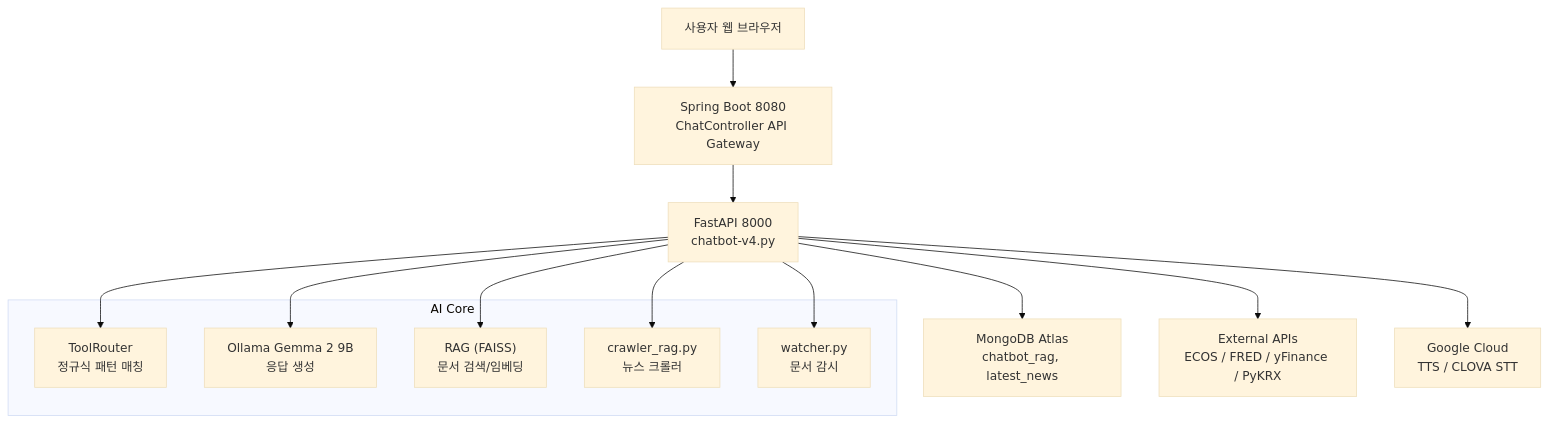
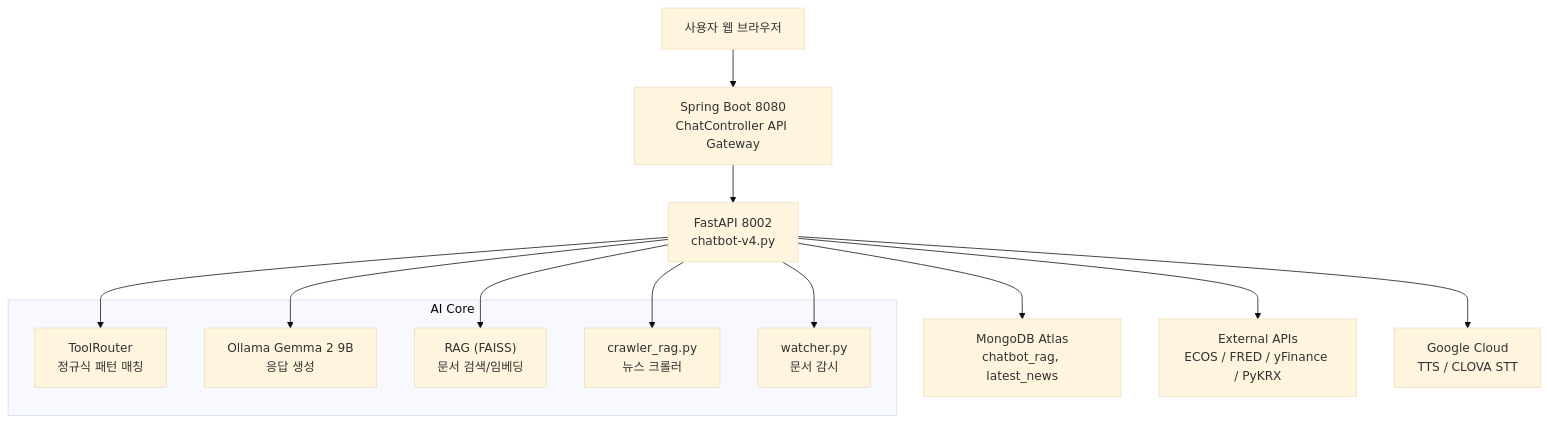
Before and after one commit to yooseungmin9/yoo-chatbot-v1: the diagram in README.md, drawn with Mermaid (base theme). The commit also changed 5 other files, not shown here.

````diff
--- a/README.md
+++ b/README.md
@@ -91,20 +91,20 @@
 ```mermaid
 graph TD
     U["사용자 웹 브라우저"] --> SB["Spring Boot 8080<br>ChatController API Gateway"]
-    SB --> FA["FastAPI 8000<br>chatbot-v4.py"]
+    SB --> FA["FastAPI 8002<br>chatbot-v4.py"]
     subgraph "AI Core"
         TR["ToolRouter<br>정규식 패턴 매칭"]
         OL["Ollama Gemma 2 9B<br>응답 생성"]
         RG["RAG (FAISS)<br>문서 검색/임베딩"]
         CR["crawler_rag.py<br>뉴스 크롤러"]
         WT["watcher.py<br>문서 감시"]
     end
     FA --> TR
     FA --> OL
     FA --> RG
     FA --> CR
     FA --> WT
     FA --> MDB["MongoDB Atlas<br>chatbot_rag, latest_news"]
     FA --> API["External APIs<br>ECOS / FRED / yFinance / PyKRX"]
     FA --> GC["Google Cloud<br>TTS / CLOVA STT"]
 ```
````
